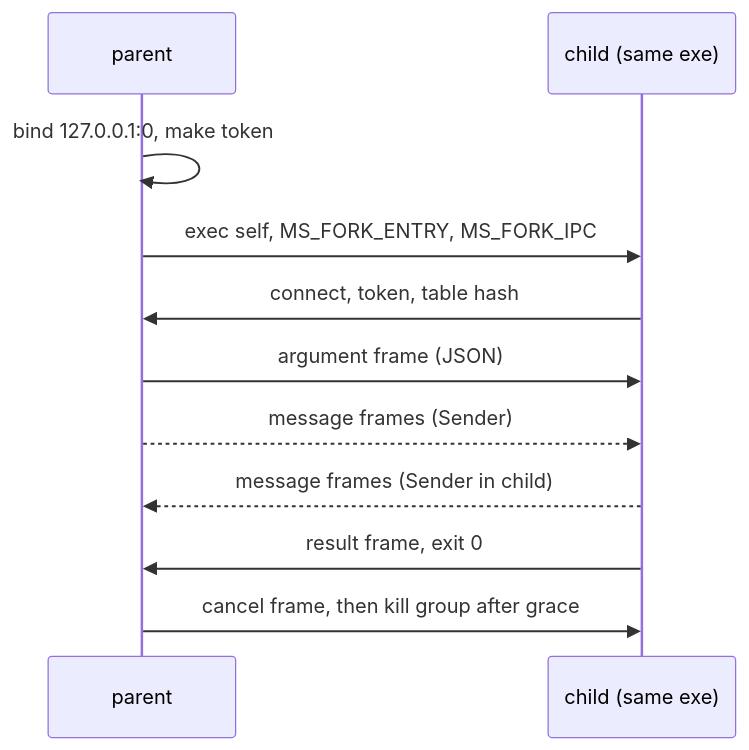
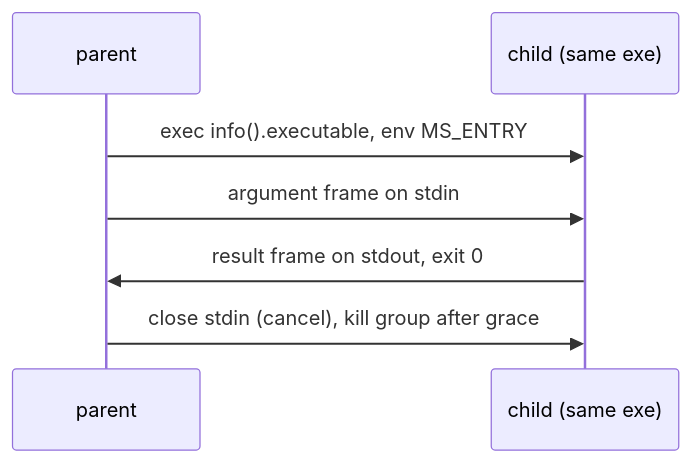
Before and after one commit to manuscript-lang/manuscript: the diagram in proposals/child-processes.md, drawn with Mermaid. The commit also changed other lines of this file, not shown here.

First line of the commit message:
Simplify child processes proposal: pipes not sockets, spawn first, three stages

````diff
--- a/proposals/child-processes.md
+++ b/proposals/child-processes.md
@@ -102,13 +93,9 @@
 ```mermaid
 sequenceDiagram
   participant P as parent
   participant C as child (same exe)
-  P->>P: bind 127.0.0.1:0, make token
-  P->>C: exec self, MS_FORK_ENTRY, MS_FORK_IPC
-  C->>P: connect, token, table hash
-  P->>C: argument frame (JSON)
-  P-->>C: message frames (Sender)
-  C-->>P: message frames (Sender in child)
-  C->>P: result frame, exit 0
-  P->>C: cancel frame, then kill group after grace
+  P->>C: exec info().executable, env MS_ENTRY
+  P->>C: argument frame on stdin
+  C->>P: result frame on stdout, exit 0
+  P->>C: close stdin (cancel), kill group after grace
 ```
````
